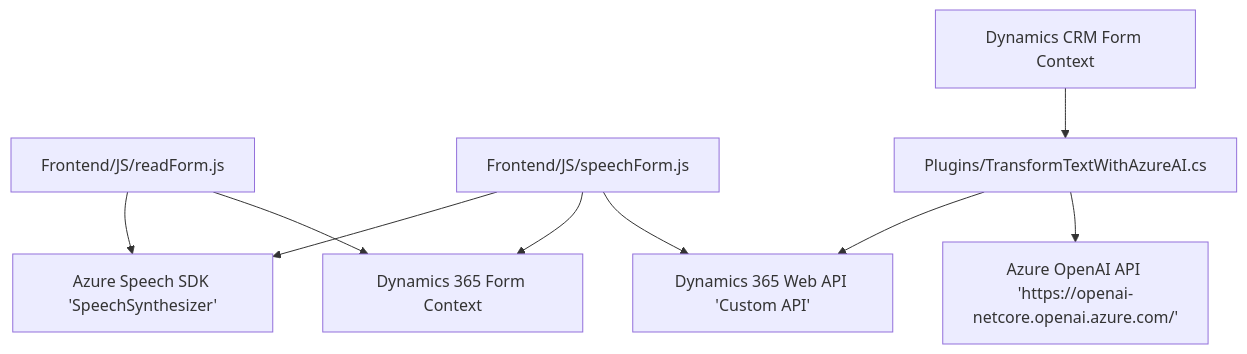
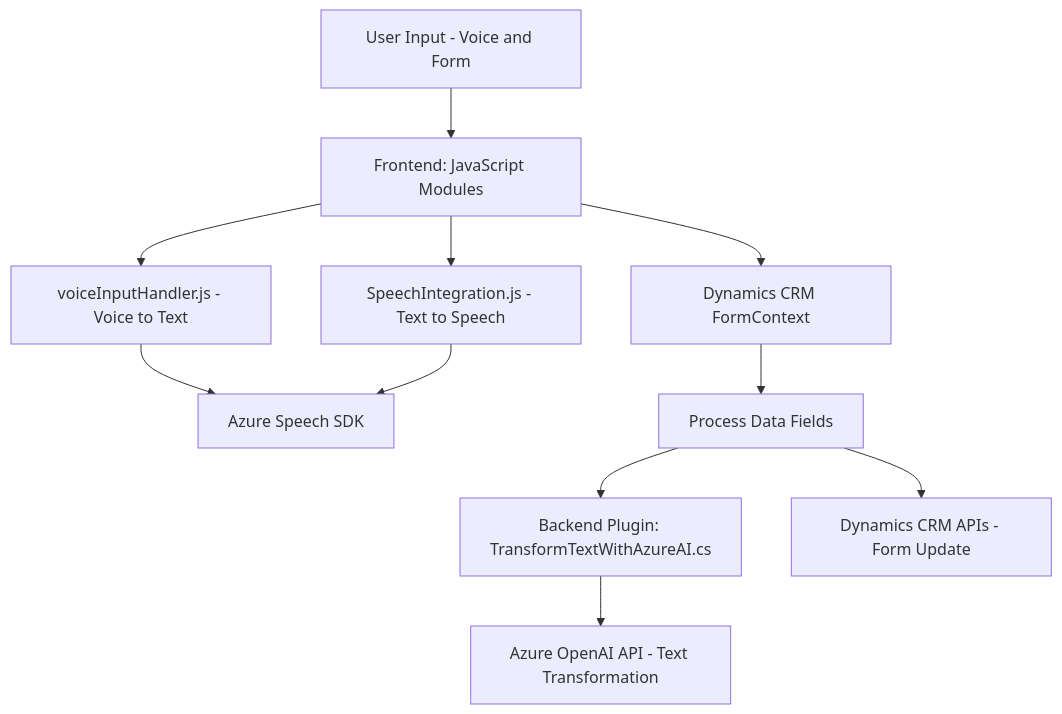
The diagram in README.md (blopezdm/NETCORE_BILBAO2025), drawn with Mermaid before and after one commit. The commit also changed other lines of this file, not shown here.

````diff
--- a/README.md
+++ b/README.md
@@ -35,11 +29,15 @@
 ```mermaid
 graph TD
-A["Frontend/JS/readForm.js"] --> B["Azure Speech SDK 'SpeechSynthesizer'"]
-A --> C["Dynamics 365 Form Context"]
-D["Frontend/JS/speechForm.js"] --> B
-D --> C
-D --> E["Dynamics 365 Web API 'Custom API'"]
-F["Plugins/TransformTextWithAzureAI.cs"] --> E
-F --> G["Azure OpenAI API 'https://openai-netcore.openai.azure.com/'"]
-H["Dynamics CRM Form Context"] --> F
+    A["User Input - Voice and Form"] --> B["Frontend: JavaScript Modules"]
+    B --> C["SpeechIntegration.js - Text to Speech"]
+    B --> D["voiceInputHandler.js - Voice to Text"]
+    D --> E["Azure Speech SDK"]
+    C --> E
+
+    B --> F["Dynamics CRM FormContext"]
+    F --> G["Process Data Fields"]
+
+    G --> H["Backend Plugin: TransformTextWithAzureAI.cs"]
+    H --> I["Azure OpenAI API - Text Transformation"]
+    G --> J["Dynamics CRM APIs - Form Update"]
 ```
````
